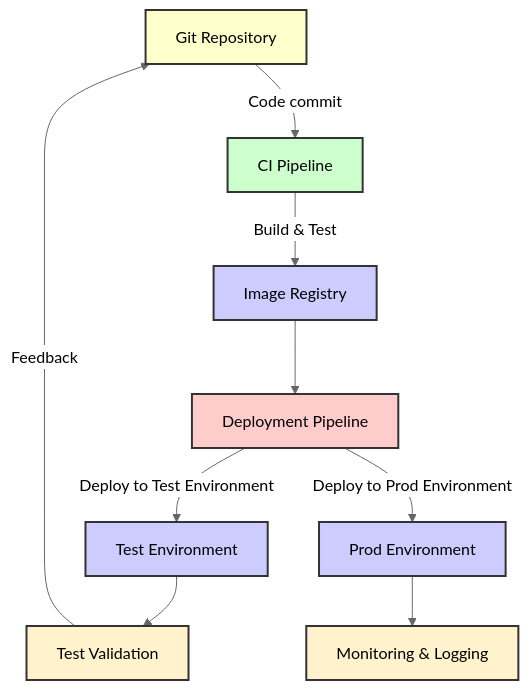
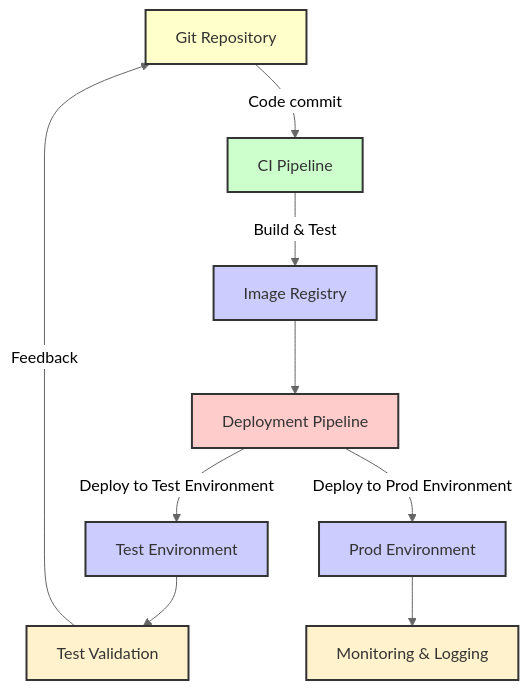
The diagram in mermaid/README.md (cwilson613/diagrams), drawn with Mermaid (neutral theme) before and after one commit. The commit also changed 1 other file, not shown here.

Commit message:
refine again, darker text

````diff
--- a/mermaid/README.md
+++ b/mermaid/README.md
@@ -6,25 +6,25 @@
 ```mermaid
 graph TD
     A[Git Repository] -->|Code commit| B[CI Pipeline]
     B -->|Build & Test| C[Image Registry]
     C --> D[Deployment Pipeline]
     D -->|Deploy to Test Environment| E[Test Environment]
     D -->|Deploy to Prod Environment| F[Prod Environment]
     E --> G[Test Validation]
     G -->|Feedback| A
     F --> H[Monitoring & Logging]
 
-    classDef git fill:#ffffcc,stroke:#333,stroke-width:2px;
-    classDef ci fill:#ccffcc,stroke:#333,stroke-width:2px;
-    classDef registry fill:#ccccff,stroke:#333,stroke-width:2px;
-    classDef deployment fill:#ffcccc,stroke:#333,stroke-width:2px;
-    classDef env fill:#ccccff,stroke:#333,stroke-width:2px;
-    classDef monitoring fill:#fff2cc,stroke:#333,stroke-width:2px;
+    classDef git fill:#ffffcc,stroke:#333,stroke-width:2px, color:#333;
+    classDef ci fill:#ccffcc,stroke:#333,stroke-width:2px, color:#333;
+    classDef registry fill:#ccccff,stroke:#333,stroke-width:2px, color:#333;
+    classDef deployment fill:#ffcccc,stroke:#333,stroke-width:2px, color:#333;
+    classDef env fill:#ccccff,stroke:#333,stroke-width:2px, color:#333;
+    classDef monitoring fill:#fff2cc,stroke:#333,stroke-width:2px, color:#333;
 
     class A git;
     class B ci;
     class C registry;
     class D deployment;
     class E,F env;
     class G,H monitoring;
 ```
````
